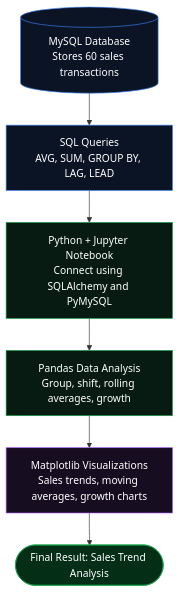
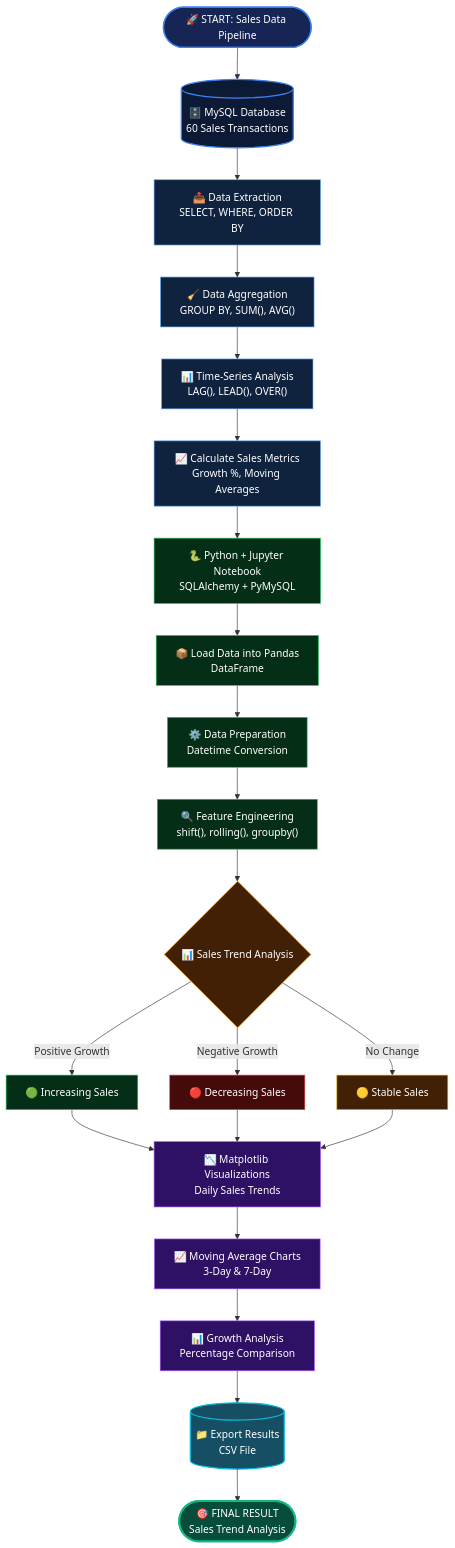
The diagram in README.md (AtharvaFDE/5A_Handling_Time_Series_Data_Daily_Average_and_Trends), drawn with Mermaid before and after one commit. The commit also changed other lines of this file, not shown here.

````diff
--- a/README.md
+++ b/README.md
@@ -56,22 +67,93 @@
 ```mermaid
 flowchart TD
-    A[("MySQL Database<br/>Stores 60 sales transactions")]
-    B["SQL Queries<br/>AVG, SUM, GROUP BY, LAG, LEAD"]
-    C["Python + Jupyter Notebook<br/>Connect using SQLAlchemy and PyMySQL"]
-    D["Pandas Data Analysis<br/>Group, shift, rolling averages, growth"]
-    E["Matplotlib Visualizations<br/>Sales trends, moving averages, growth charts"]
-    F(["Final Result: Sales Trend Analysis"])
 
+    %% DATA SOURCE
+    A(["🚀 START: Sales Data Pipeline"])
+    B[("🗄️ MySQL Database<br/>60 Sales Transactions")]
+
+    %% SQL PROCESSING
+    C["📥 Data Extraction<br/>SELECT, WHERE, ORDER BY"]
+    D["🧹 Data Aggregation<br/>GROUP BY, SUM(), AVG()"]
+    E["📊 Time-Series Analysis<br/>LAG(), LEAD(), OVER()"]
+    F["📈 Calculate Sales Metrics<br/>Growth %, Moving Averages"]
+
+    %% PYTHON CONNECTION
+    G["🐍 Python + Jupyter Notebook<br/>SQLAlchemy + PyMySQL"]
+    H["📦 Load Data into Pandas<br/>DataFrame"]
+
+    %% DATA PROCESSING
+    I["⚙️ Data Preparation<br/>Datetime Conversion"]
+    J["🔍 Feature Engineering<br/>shift(), rolling(), groupby()"]
+
+    %% ANALYSIS
+    K{"📊 Sales Trend Analysis"}
+
+    L["🟢 Increasing Sales"]
+    M["🔴 Decreasing Sales"]
+    N["🟡 Stable Sales"]
+
+    %% VISUALIZATION
+    O["📉 Matplotlib Visualizations<br/>Daily Sales Trends"]
+    P["📈 Moving Average Charts<br/>3-Day & 7-Day"]
+    Q["📊 Growth Analysis<br/>Percentage Comparison"]
+
+    %% OUTPUT
+    R[("📁 Export Results<br/>CSV File")]
+    S(["🎯 FINAL RESULT<br/>Sales Trend Analysis"])
+
+    %% FLOW
     A --> B
     B --> C
     C --> D
     D --> E
     E --> F
+    F --> G
+    G --> H
+    H --> I
+    I --> J
+    J --> K
 
-    style A fill:#0b1424,stroke:#3b82f6,color:#ffffff
-    style B fill:#0b1424,stroke:#3b82f6,color:#ffffff
-    style C fill:#071b12,stroke:#16a34a,color:#ffffff
-    style D fill:#071b12,stroke:#16a34a,color:#ffffff
-    style E fill:#170d20,stroke:#a855f7,color:#ffffff
-    style F fill:#052e16,stroke:#16a34a,color:#ffffff
+    K -->|Positive Growth| L
+    K -->|Negative Growth| M
+    K -->|No Change| N
+
+    L --> O
+    M --> O
+    N --> O
+
+    O --> P
+    P --> Q
+    Q --> R
+    R --> S
+
+    %% CLICKABLE DOCUMENTATION LINKS
+    click B "https://dev.mysql.com/doc/" "Explore MySQL Documentation"
+    click G "https://docs.python.org/3/" "Explore Python Documentation"
+    click H "https://pandas.pydata.org/docs/" "Explore Pandas Documentation"
+    click O "https://matplotlib.org/stable/" "Explore Matplotlib Documentation"
+
+    %% STYLING
+    classDef start fill:#172554,stroke:#3b82f6,color:#ffffff,stroke-width:2px
+    classDef database fill:#0c1a35,stroke:#3b82f6,color:#ffffff,stroke-width:2px
+    classDef sql fill:#10233e,stroke:#60a5fa,color:#ffffff
+    classDef python fill:#052e16,stroke:#22c55e,color:#ffffff
+    classDef decision fill:#422006,stroke:#f59e0b,color:#ffffff
+    classDef positive fill:#052e16,stroke:#22c55e,color:#ffffff
+    classDef negative fill:#450a0a,stroke:#ef4444,color:#ffffff
+    classDef stable fill:#422006,stroke:#eab308,color:#ffffff
+    classDef visualization fill:#2e1065,stroke:#a855f7,color:#ffffff
+    classDef output fill:#164e63,stroke:#06b6d4,color:#ffffff,stroke-width:2px
+    classDef finish fill:#064e3b,stroke:#10b981,color:#ffffff,stroke-width:3px
+
+    class A start
+    class B database
+    class C,D,E,F sql
+    class G,H,I,J python
+    class K decision
+    class L positive
+    class M negative
+    class N stable
+    class O,P,Q visualization
+    class R output
+    class S finish
 ```
````
